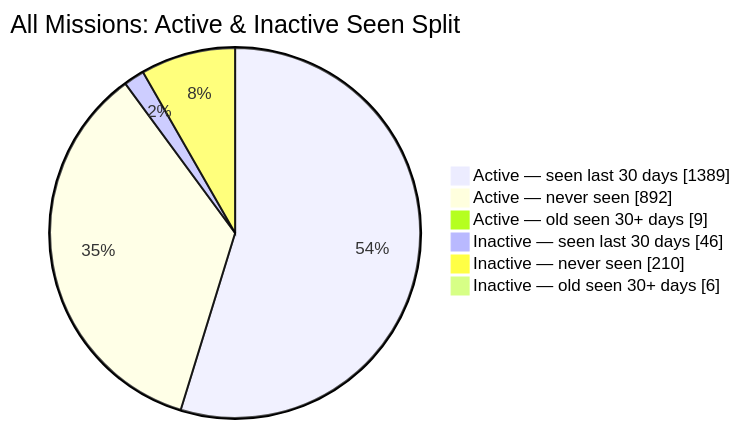
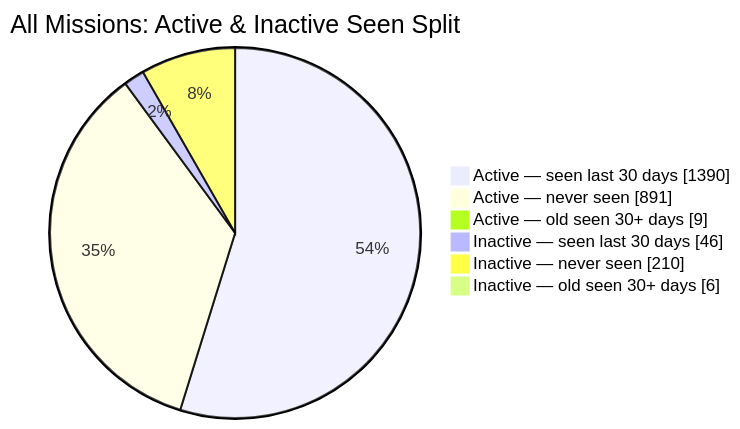
Before and after one commit to MeldkamerspelGameTeam/active-missions: the second of 2 diagrams in README.md, drawn with Mermaid. The commit also changed other lines of this file and 2 other files, not shown here.

````diff
--- a/README.md
+++ b/README.md
@@ -44,10 +44,10 @@
 ```mermaid
 pie showData
     title All Missions: Active & Inactive Seen Split
-    "Active — seen last 30 days" : 1389
-    "Active — never seen" : 892
+    "Active — seen last 30 days" : 1390
+    "Active — never seen" : 891
     "Active — old seen 30+ days" : 9
     "Inactive — seen last 30 days" : 46
     "Inactive — never seen" : 210
     "Inactive — old seen 30+ days" : 6
 ```
````
